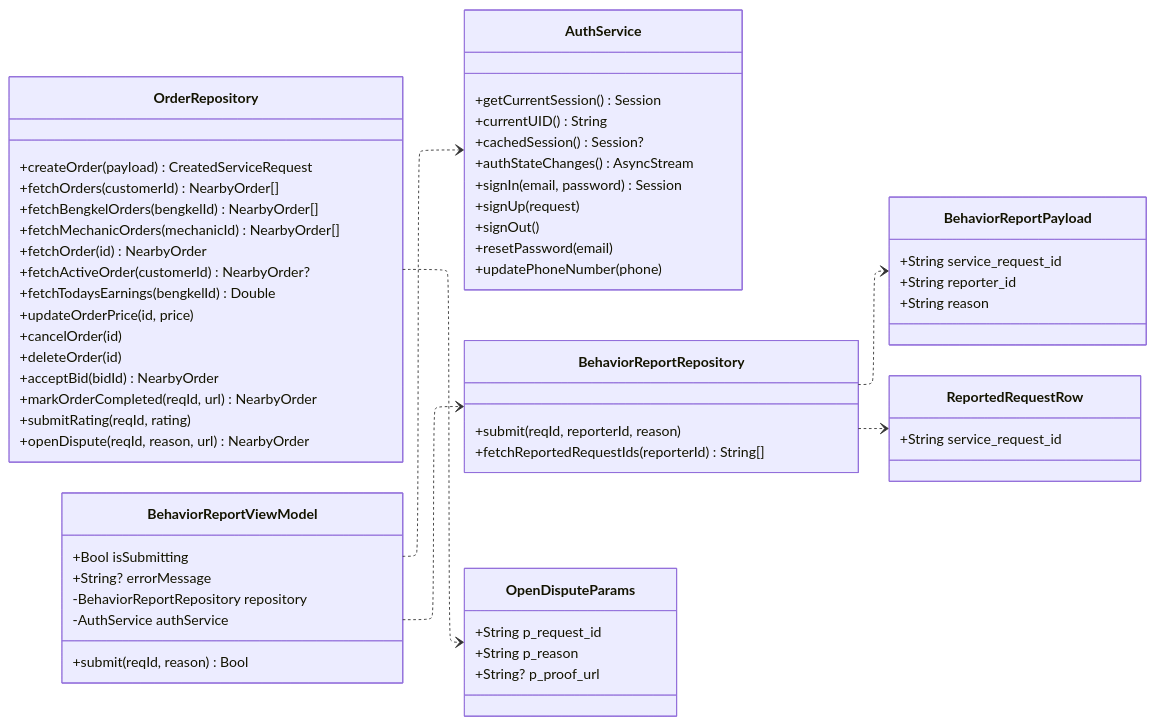
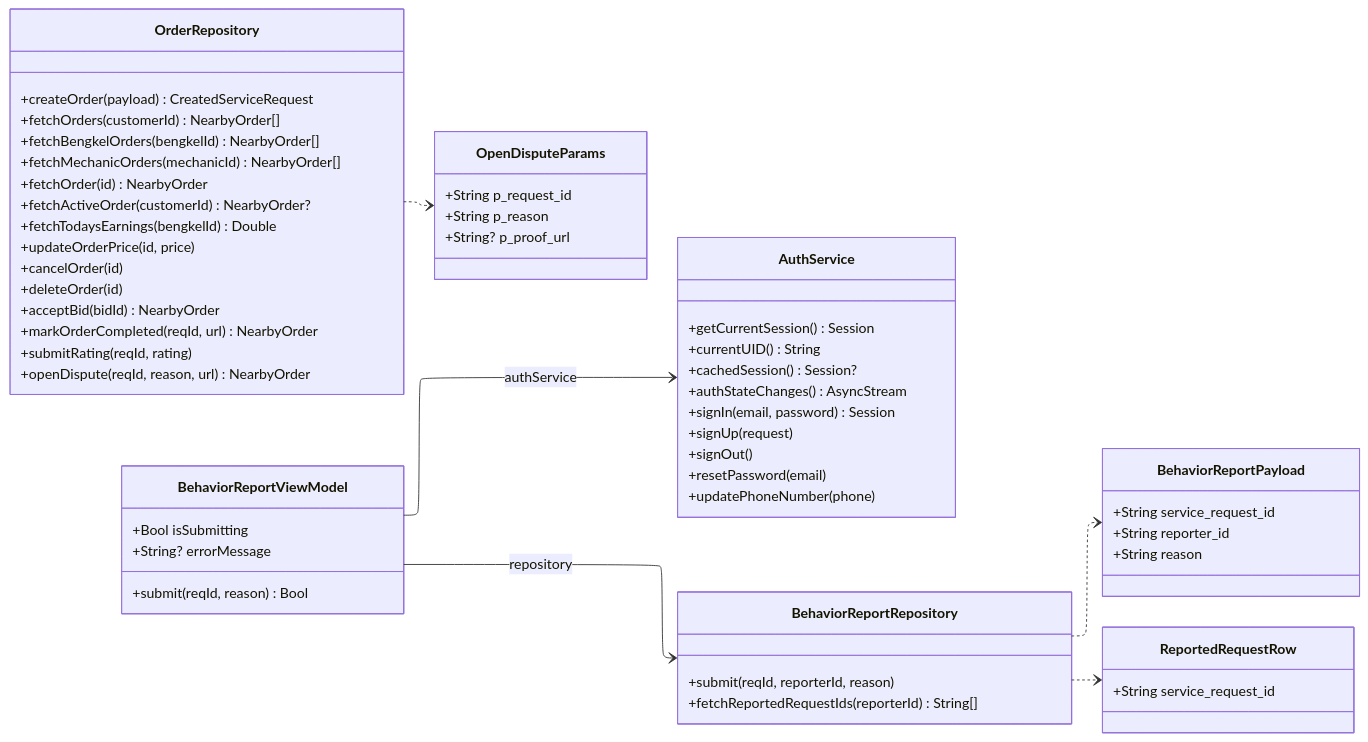
One commit to rei-soemanto/BengkelIn_SE changed diagram 12 of 12 in diagram/feature-class-diagrams.md. Above: the diagram before and after it, drawn with Mermaid. The commit also changed other lines of this file and 21 other files, not shown here.

Commit message:
more accurate class diagram

````diff
--- a/diagram/feature-class-diagrams.md
+++ b/diagram/feature-class-diagrams.md
@@ -1978,70 +1896,68 @@
 ```mermaid
 ---
 config:
   layout: elk
   elk:
     nodePlacementStrategy: LINEAR_SEGMENTS
     mergeEdges: false
 ---
 classDiagram
     direction LR
 
     class AuthService {
         +getCurrentSession() Session
         +currentUID() String
         +cachedSession() Session?
         +authStateChanges() AsyncStream
         +signIn(email, password) Session
         +signUp(request)
         +signOut()
         +resetPassword(email)
         +updatePhoneNumber(phone)
     }
     class OrderRepository {
         +createOrder(payload) CreatedServiceRequest
         +fetchOrders(customerId) NearbyOrder[]
         +fetchBengkelOrders(bengkelId) NearbyOrder[]
         +fetchMechanicOrders(mechanicId) NearbyOrder[]
         +fetchOrder(id) NearbyOrder
         +fetchActiveOrder(customerId) NearbyOrder?
         +fetchTodaysEarnings(bengkelId) Double
         +updateOrderPrice(id, price)
         +cancelOrder(id)
         +deleteOrder(id)
         +acceptBid(bidId) NearbyOrder
         +markOrderCompleted(reqId, url) NearbyOrder
         +submitRating(reqId, rating)
         +openDispute(reqId, reason, url) NearbyOrder
     }
     class BehaviorReportRepository {
         +submit(reqId, reporterId, reason)
         +fetchReportedRequestIds(reporterId) String[]
     }
     class BehaviorReportViewModel {
         +Bool isSubmitting
         +String? errorMessage
-        -BehaviorReportRepository repository
-        -AuthService authService
         +submit(reqId, reason) Bool
     }
     class BehaviorReportPayload {
         +String service_request_id
         +String reporter_id
         +String reason
     }
     class OpenDisputeParams {
         +String p_request_id
         +String p_reason
         +String? p_proof_url
     }
     class ReportedRequestRow {
         +String service_request_id
     }
 
-    BehaviorReportViewModel ..> BehaviorReportRepository
-    BehaviorReportViewModel ..> AuthService
+    BehaviorReportViewModel --> BehaviorReportRepository : repository
+    BehaviorReportViewModel --> AuthService : authService
     BehaviorReportRepository ..> BehaviorReportPayload
     BehaviorReportRepository ..> ReportedRequestRow
     OrderRepository ..> OpenDisputeParams
 
 ```
````
